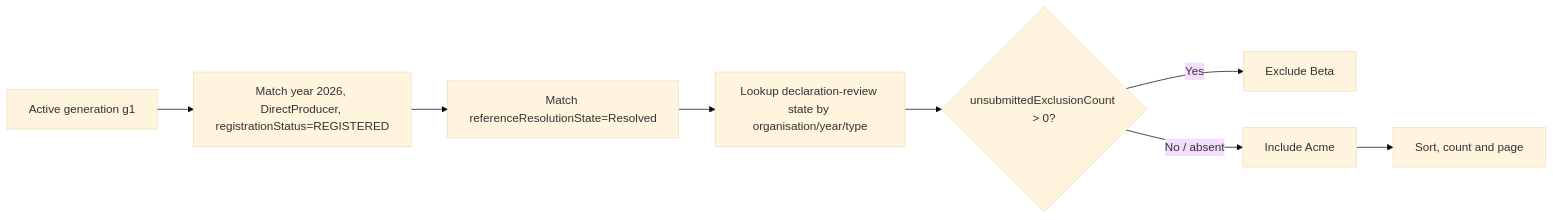
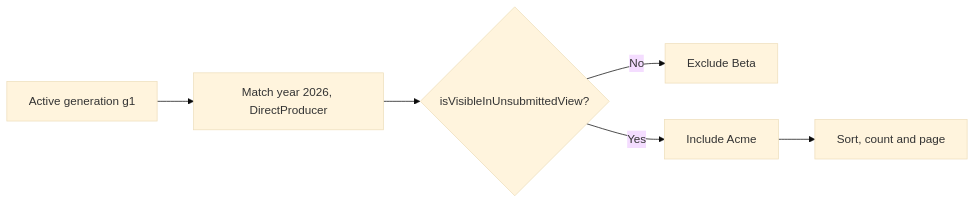
The second of 2 diagrams in docs/unsubmitted-compliance-declarations-design.md (DEFRA/waste-obligations), drawn with Mermaid (base theme) before and after one commit. The commit also changed other lines of this file and 39 other files, not shown here.

````diff
--- a/docs/unsubmitted-compliance-declarations-design.md
+++ b/docs/unsubmitted-compliance-declarations-design.md
@@ -1121,10 +1073,8 @@
 ```mermaid
 flowchart LR
-    A["Active generation g1"] --> B["Match year 2026, DirectProducer, registrationStatus=REGISTERED"]
-    B --> C["Match referenceResolutionState=Resolved"]
-    C --> D["Lookup declaration-review state by organisation/year/type"]
-    D --> E{"unsubmittedExclusionCount > 0?"}
-    E -- "Yes" --> F["Exclude Beta"]
-    E -- "No / absent" --> G["Include Acme"]
-    G --> H["Sort, count and page"]
+    A["Active generation g1"] --> B["Match year 2026, DirectProducer"]
+    B --> C{"isVisibleInUnsubmittedView?"}
+    C -- "No" --> D["Exclude Beta"]
+    C -- "Yes" --> E["Include Acme"]
+    E --> F["Sort, count and page"]
 ```
````
